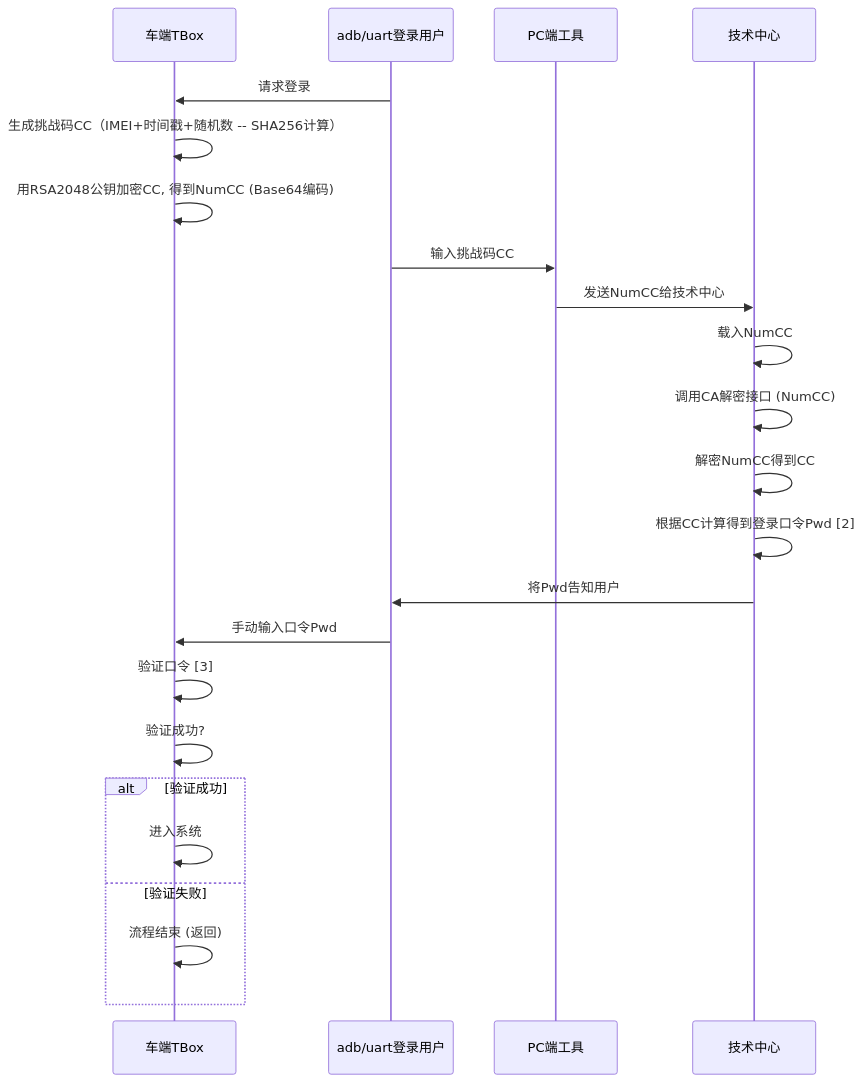
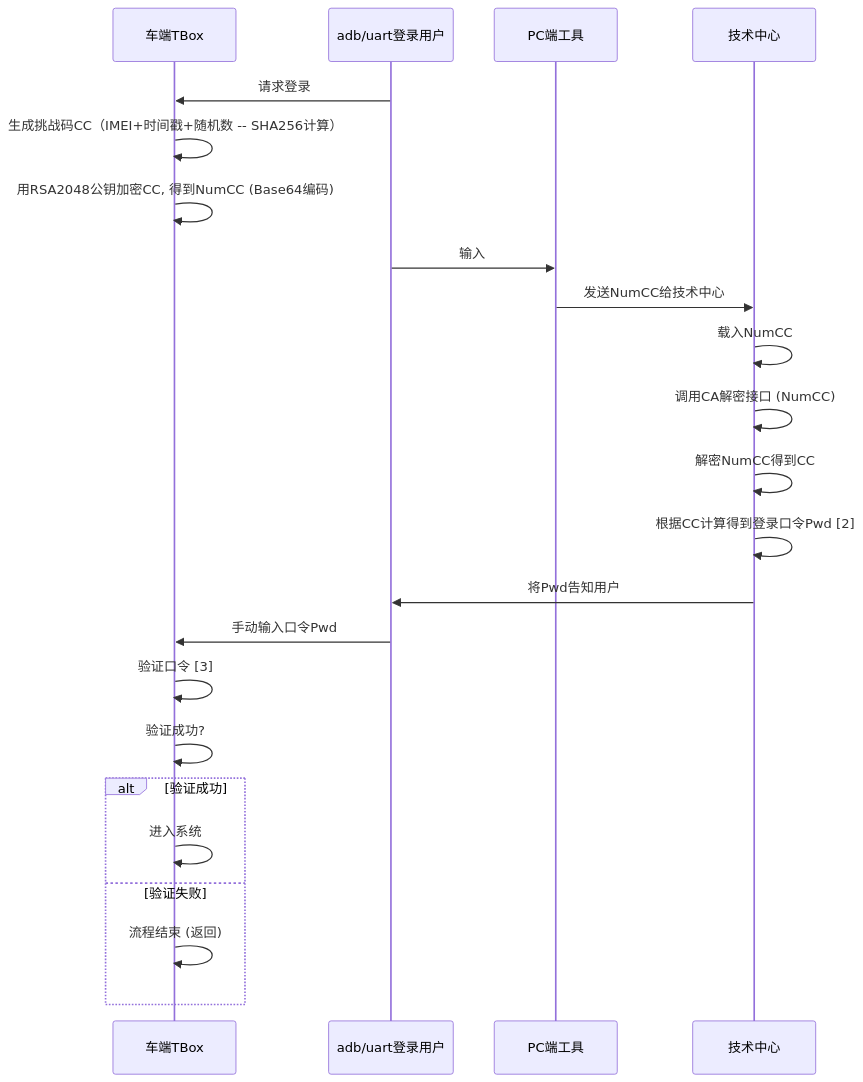
Before and after one commit to facebook-cloud/iodraw-files: the diagram in all/未命名-13.md, drawn with Mermaid.

Commit message:
2026-01-26 18:54:14 update

````diff
--- a/all/未命名-13.md
+++ b/all/未命名-13.md
@@ -1,29 +1,29 @@
 ```mermaid
 sequenceDiagram
     participant tbox as 车端TBox
     participant user as adb/uart登录用户
     participant pc as PC端工具
     participant tech_center as 技术中心
   
 
     user->>tbox: 请求登录
     tbox->>tbox: 生成挑战码CC（IMEI+时间戳+随机数 -- SHA256计算）
     tbox->>tbox: 用RSA2048公钥加密CC, 得到NumCC (Base64编码)
-    user->>pc: 输入挑战码CC
+    user->>pc: 输入
     pc->>tech_center: 发送NumCC给技术中心
     tech_center->>tech_center: 载入NumCC
     tech_center->>tech_center: 调用CA解密接口 (NumCC)
     tech_center->>tech_center: 解密NumCC得到CC
     tech_center->>tech_center: 根据CC计算得到登录口令Pwd [2]
     tech_center->>user: 将Pwd告知用户
     user->>tbox: 手动输入口令Pwd
     tbox->>tbox: 验证口令 [3]
     tbox->>tbox: 验证成功?
     alt 验证成功
         tbox->>tbox: 进入系统
     else 验证失败
         tbox->>tbox: 流程结束 (返回)
     end
 
 
 ```
````
